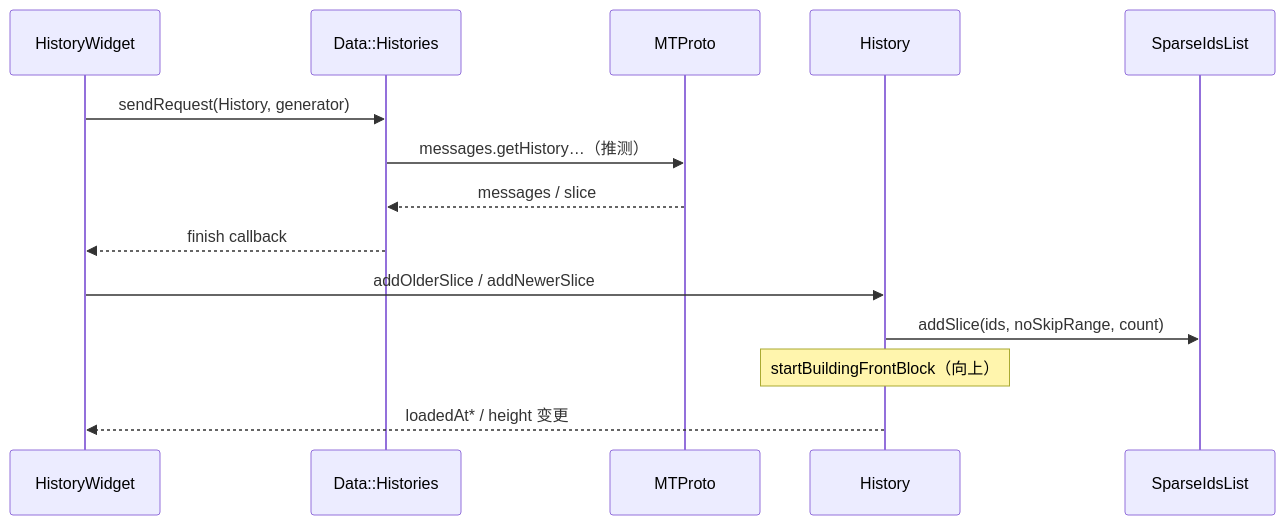
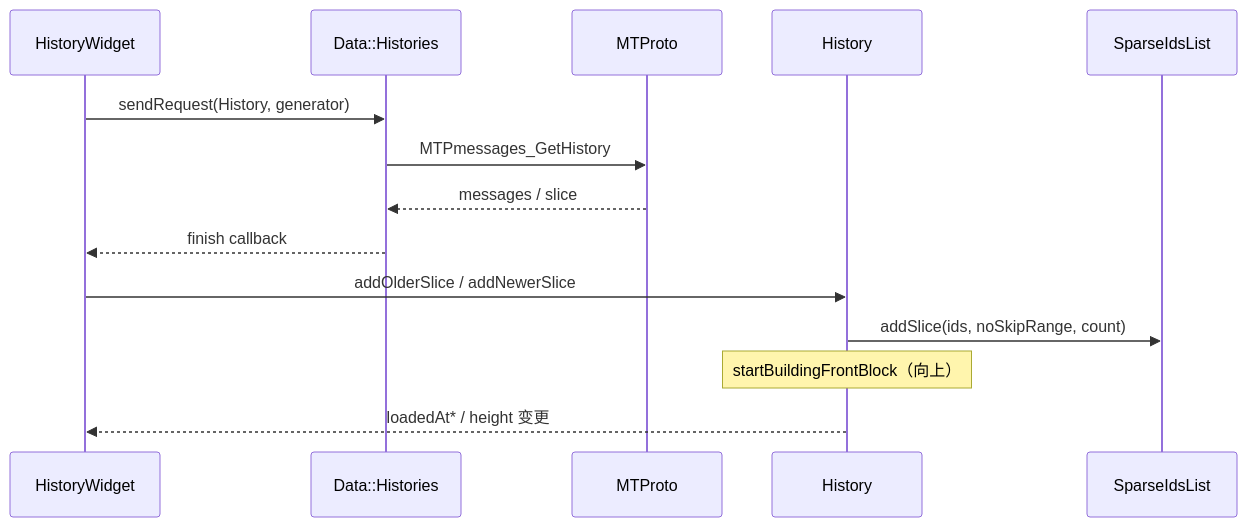
One commit to disda/tdesktop-analysis changed the second of 2 diagrams in docs/08-history-data-pagination.md. Above: the diagram before and after it, drawn with Mermaid. The commit also changed other lines of this file and 6 other files, not shown here.

````diff
--- a/docs/08-history-data-pagination.md
+++ b/docs/08-history-data-pagination.md
@@ -103,17 +114,17 @@
 ```mermaid
 sequenceDiagram
   participant HW as HistoryWidget
   participant HH as Data::Histories
   participant MTP as MTProto
   participant H as History
   participant SIM as SparseIdsList
 
   HW->>HH: sendRequest(History, generator)
-  HH->>MTP: messages.getHistory…（推测）
+  HH->>MTP: MTPmessages_GetHistory
   MTP-->>HH: messages / slice
   HH-->>HW: finish callback
   HW->>H: addOlderSlice / addNewerSlice
   H->>SIM: addSlice(ids, noSkipRange, count)
   Note over H: startBuildingFrontBlock（向上）
   H-->>HW: loadedAt* / height 变更
 ```
````
